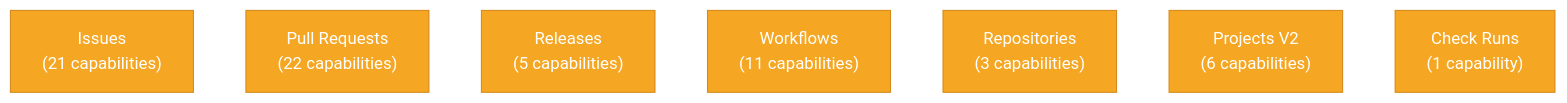
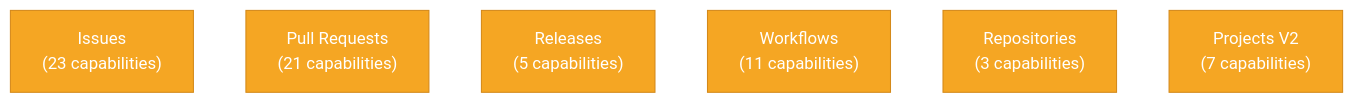
The diagram in docs/capabilities/README.md (aryeko/ghx), drawn with Mermaid before and after one commit. The commit also changed other lines of this file and 53 other files, not shown here.

First line of the commit message:
feat(core): atomic capability chaining with two-phase GraphQL batching (#59)

````diff
--- a/docs/capabilities/README.md
+++ b/docs/capabilities/README.md
@@ -11,19 +11,17 @@
 ```mermaid
 %%{init: {'theme': 'base', 'themeVariables': {'primaryColor': '#F5A623', 'primaryTextColor': '#fff', 'primaryBorderColor': '#D4891A', 'lineColor': '#666'}}}%%
 graph TB
-    Issues["Issues<br/>(21 capabilities)"]
-    PRs["Pull Requests<br/>(22 capabilities)"]
+    Issues["Issues<br/>(23 capabilities)"]
+    PRs["Pull Requests<br/>(21 capabilities)"]
     Releases["Releases<br/>(5 capabilities)"]
     Workflows["Workflows<br/>(11 capabilities)"]
     Repos["Repositories<br/>(3 capabilities)"]
-    Projects["Projects V2<br/>(6 capabilities)"]
-    CheckRuns["Check Runs<br/>(1 capability)"]
+    Projects["Projects V2<br/>(7 capabilities)"]
 
     style Issues fill:#F5A623
     style PRs fill:#F5A623
     style Releases fill:#F5A623
     style Workflows fill:#F5A623
     style Repos fill:#F5A623
     style Projects fill:#F5A623
-    style CheckRuns fill:#F5A623
 ```
````
